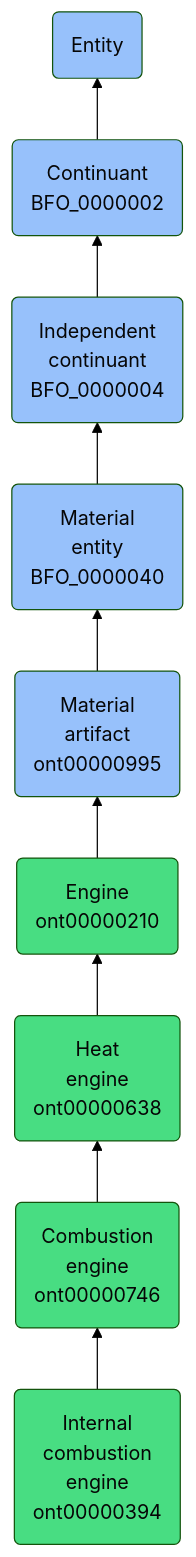
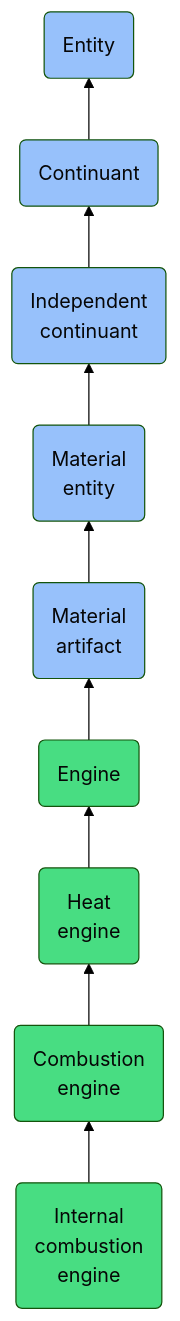
Before and after one commit to jupyter-naas/abi: the diagram in docs/ontology/reference/model/Entity/Continuant/Independent continuant/Material entity/Material artifact/Engine/Heat engine/Combustion engine/Internal combustion engine/Internal combustion engine.md, drawn with Mermaid (forest theme). The commit also changed other lines of this file and 1430 other files, not shown here.

````diff
--- a/docs/ontology/reference/model/Entity/Continuant/Independent continuant/Material entity/Material artifact/Engine/Heat engine/Combustion engine/Internal combustion engine/Internal combustion engine.md
+++ b/docs/ontology/reference/model/Entity/Continuant/Independent continuant/Material entity/Material artifact/Engine/Heat engine/Combustion engine/Internal combustion engine/Internal combustion engine.md
@@ -24,16 +24,16 @@
 ```mermaid
 graph BT
-    ont00000394(Internal<br>combustion<br>engine<br>ont00000394):::ABI-->ont00000746
-    ont00000746(Combustion<br>engine<br>ont00000746):::ABI-->ont00000638
-    ont00000638(Heat<br>engine<br>ont00000638):::ABI-->ont00000210
-    ont00000210(Engine<br>ont00000210):::ABI-->ont00000995
-    ont00000995(Material<br>artifact<br>ont00000995):::BFO-->BFO_0000040
-    BFO_0000040(Material<br>entity<br>BFO_0000040):::BFO-->BFO_0000004
-    BFO_0000004(Independent<br>continuant<br>BFO_0000004):::BFO-->BFO_0000002
-    BFO_0000002(Continuant<br>BFO_0000002):::BFO-->BFO_0000001
+    ont00000394(Internal<br>combustion<br>engine):::ABI-->ont00000746
+    ont00000746(Combustion<br>engine):::ABI-->ont00000638
+    ont00000638(Heat<br>engine):::ABI-->ont00000210
+    ont00000210(Engine):::ABI-->ont00000995
+    ont00000995(Material<br>artifact):::BFO-->BFO_0000040
+    BFO_0000040(Material<br>entity):::BFO-->BFO_0000004
+    BFO_0000004(Independent<br>continuant):::BFO-->BFO_0000002
+    BFO_0000002(Continuant):::BFO-->BFO_0000001
     BFO_0000001(Entity):::BFO
     
     classDef BFO fill:#97c1fb,color:#060606
     classDef CCO fill:#e4c51e,color:#060606
     classDef ABI fill:#48DD82,color:#060606
 ```
````
